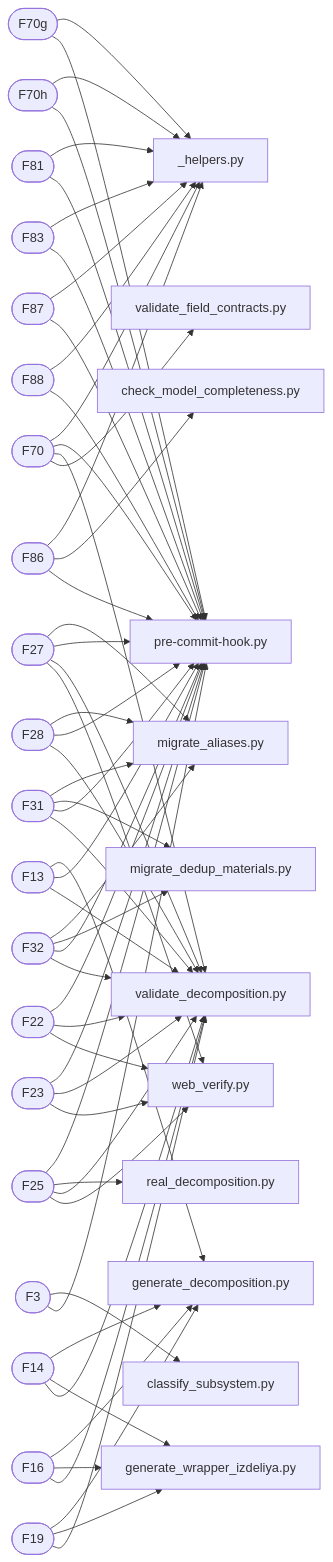
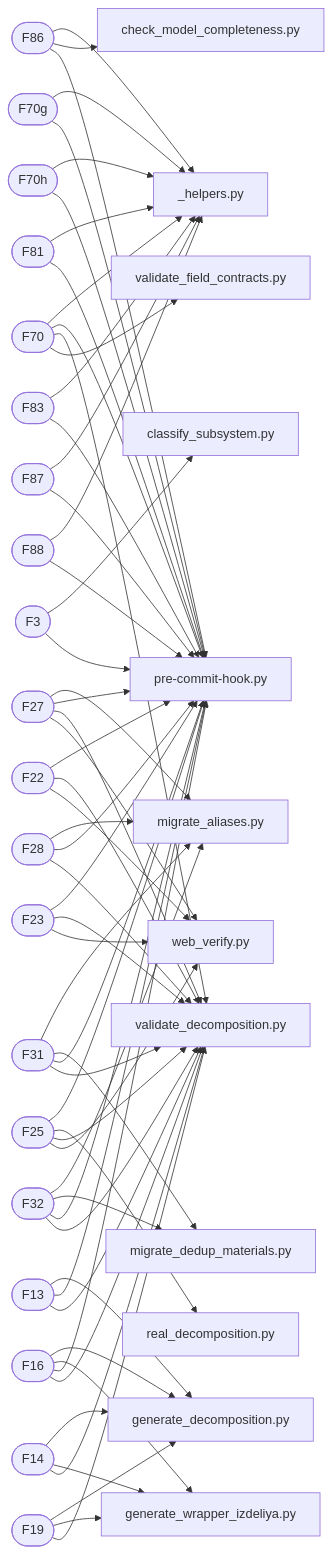
One commit to a-m-e-n-t-e-t/SkyNet changed the diagram in graphs/mermaid/graph3_traceability.md. Above: the diagram before and after it, drawn with Mermaid. The commit also changed other lines of this file and 5 other files, not shown here.

```diff
--- a/graphs/mermaid/graph3_traceability.md
+++ b/graphs/mermaid/graph3_traceability.md
@@ -11,6 +11,15 @@
     F70 --> script_validate_decomposition_py
     script_validate_field_contracts_py[validate_field_contracts.py]
     F70 --> script_validate_field_contracts_py
+    F16([F16])
+    script_generate_decomposition_py[generate_decomposition.py]
+    F16 --> script_generate_decomposition_py
+    script_generate_wrapper_izdeliya_py[generate_wrapper_izdeliya.py]
+    F16 --> script_generate_wrapper_izdeliya_py
+    script_pre-commit-hook_py[pre-commit-hook.py]
+    F16 --> script_pre-commit-hook_py
+    script_validate_decomposition_py[validate_decomposition.py]
+    F16 --> script_validate_decomposition_py
     F27([F27])
     script_migrate_aliases_py[migrate_aliases.py]
     F27 --> script_migrate_aliases_py
@@ -68,13 +77,6 @@
     F14 --> script_generate_wrapper_izdeliya_py
     script_validate_decomposition_py[validate_decomposition.py]
     F14 --> script_validate_decomposition_py
-    F16([F16])
-    script_generate_decomposition_py[generate_decomposition.py]
-    F16 --> script_generate_decomposition_py
-    script_generate_wrapper_izdeliya_py[generate_wrapper_izdeliya.py]
-    F16 --> script_generate_wrapper_izdeliya_py
-    script_validate_decomposition_py[validate_decomposition.py]
-    F16 --> script_validate_decomposition_py
     F19([F19])
     script_generate_decomposition_py[generate_decomposition.py]
     F19 --> script_generate_decomposition_py
```
